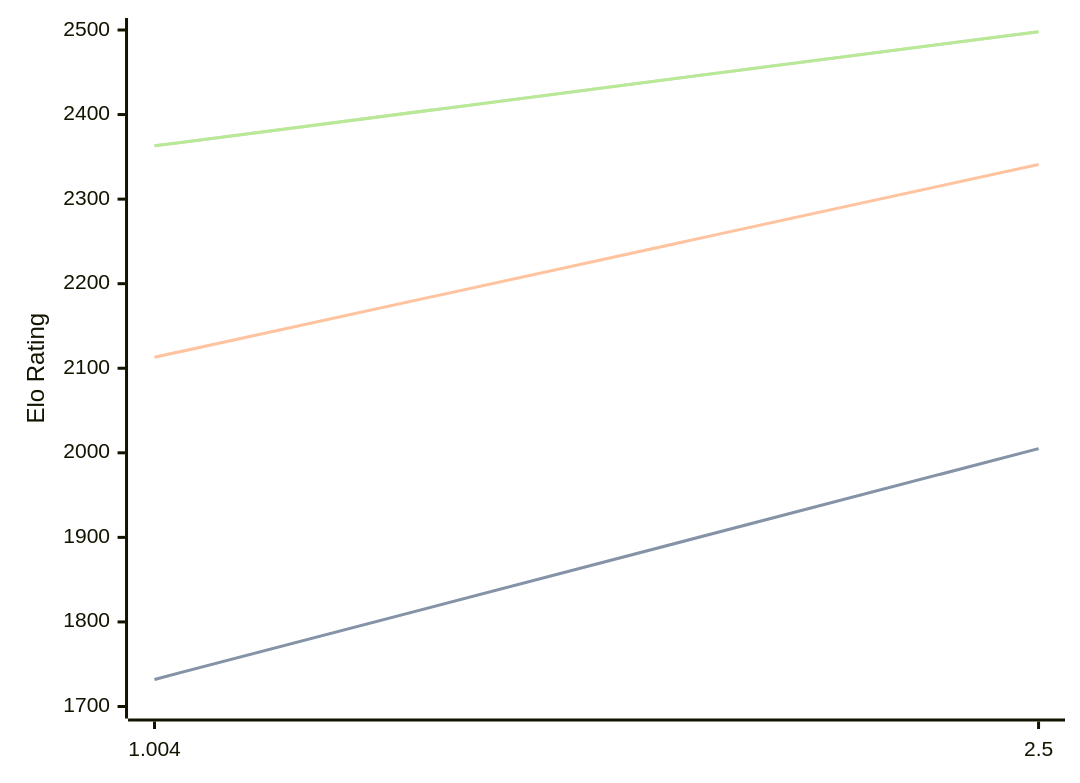
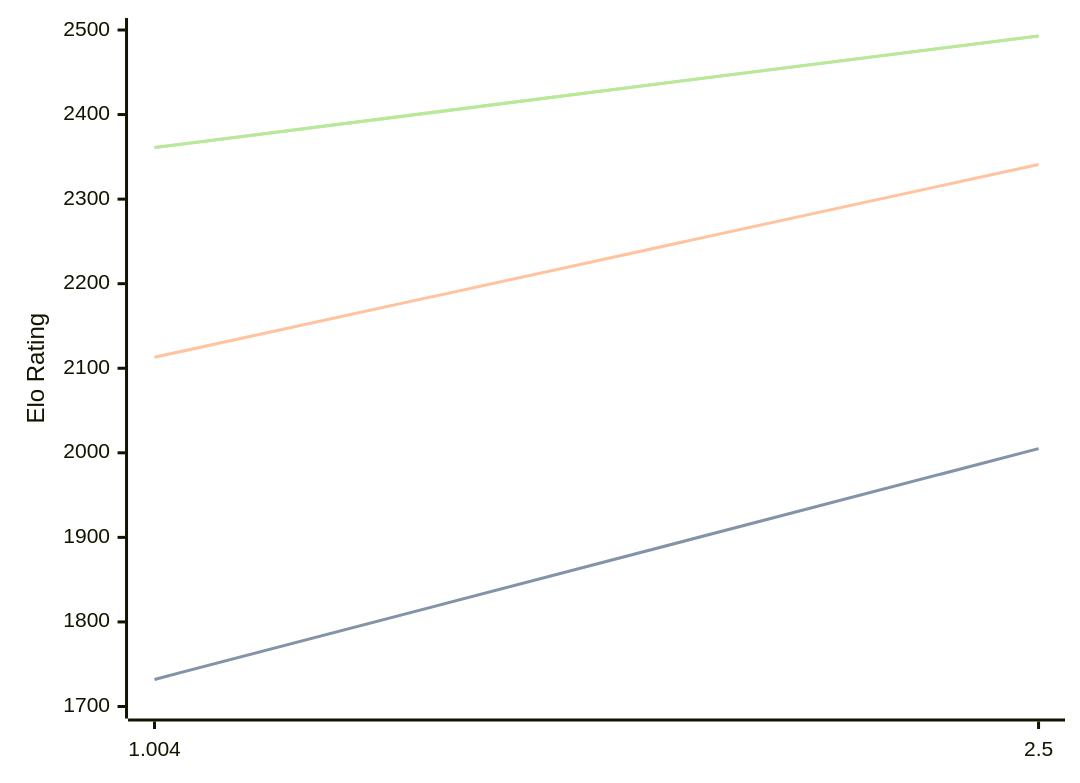
Before and after one commit to computer-chess-index/cci: the diagram in engines/Ares.md, drawn with Mermaid. The commit also changed other lines of this file, not shown here.

Commit message:
Update CCI Ratings (ELO VLTC) - 2026-03-17

````diff
--- a/engines/Ares.md
+++ b/engines/Ares.md
@@ -30,11 +30,11 @@
 ```mermaid
 %%{init: {"theme":"base","themeVariables":{"seriesColors:['#a3a3a3','#222221','#faa371']}}}%%
 xychart-beta
   x-axis ["1.004", "2.5"]
   y-axis "Elo Rating" 1700 --> 2500
   line "STC (8.0+0.08s)" [1732, 2005]
   line "STC (8.0+0.08s)" [1732, 2005]
   line "LTC (60.0+0.60s)" [2113, 2341]
-  line "VLTC (2m24s+1.12s)" [2363, 2498]
-  line "VLTC (2m24s+1.12s)" [2363, 2498]
+  line "VLTC (2m24s+1.12s)" [2361, 2493]
+  line "VLTC (2m24s+1.12s)" [2361, 2493]
 ```
````
